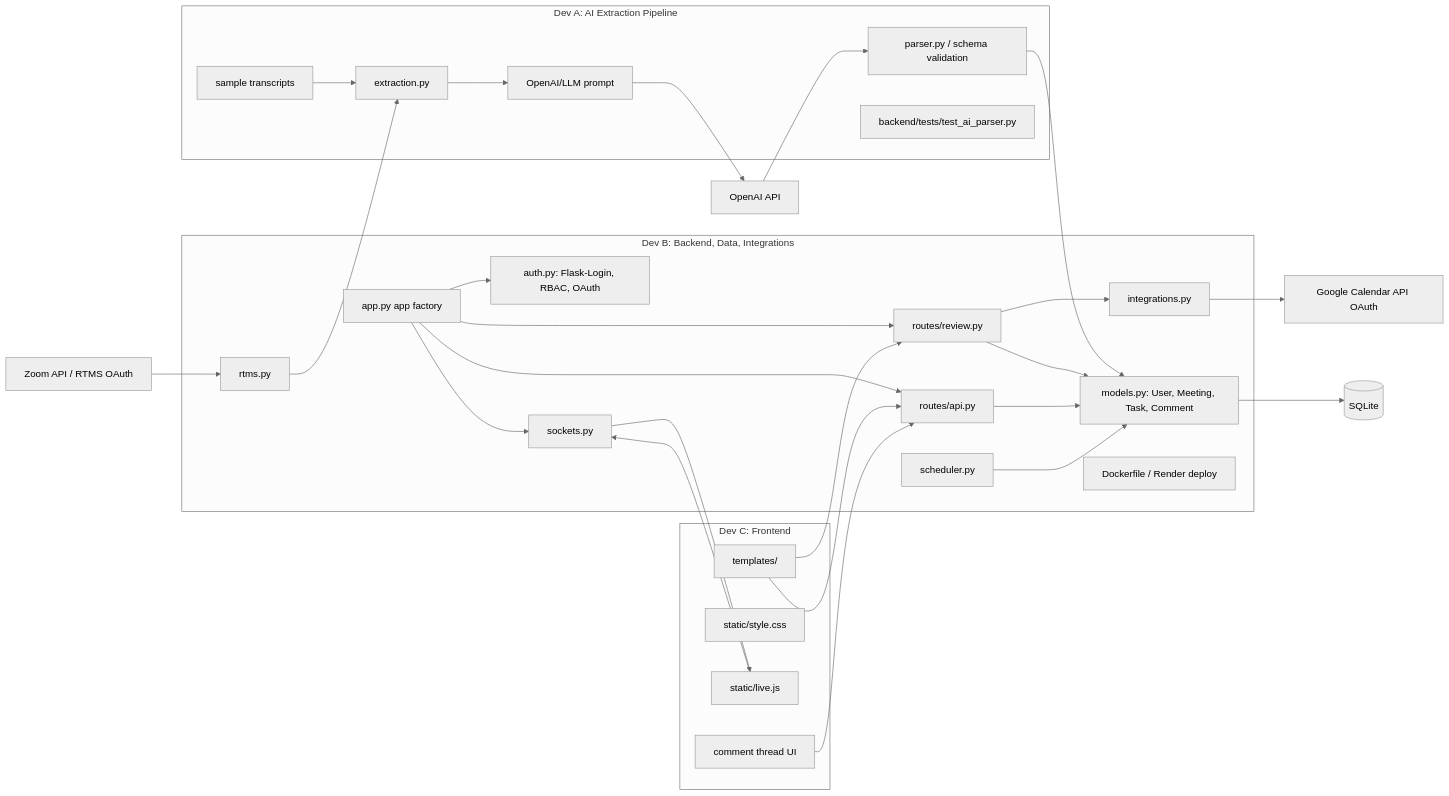
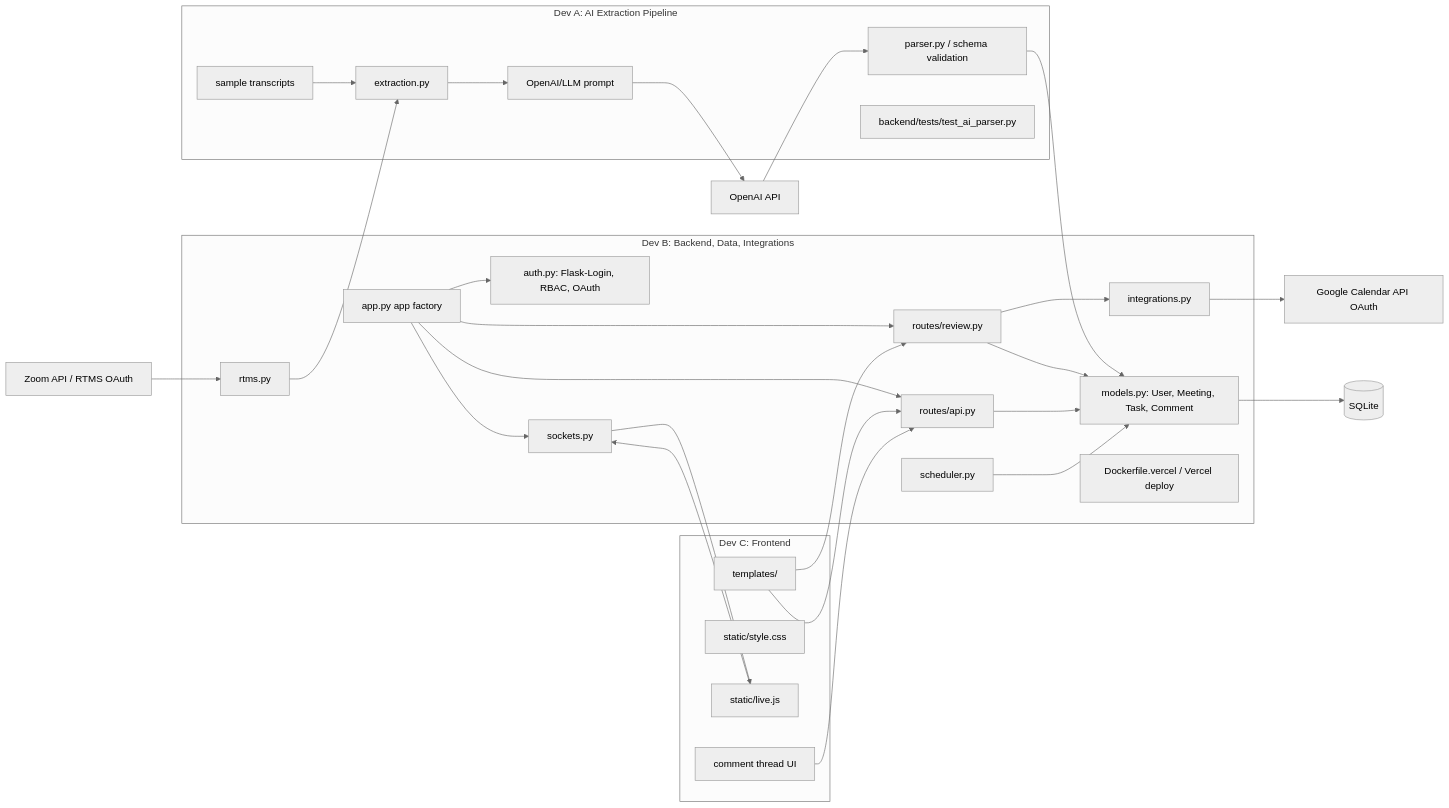
The second of 2 diagrams in docs/system_diagram.md (JaydenManyrath/Nudge), drawn with Mermaid (neutral theme) before and after one commit. The commit also changed 18 other files, not shown here.

````diff
--- a/docs/system_diagram.md
+++ b/docs/system_diagram.md
@@ -55,60 +55,60 @@
 ```mermaid
 flowchart LR
     subgraph DevA["Dev A: AI Extraction Pipeline"]
         Samples["sample transcripts"]
         Extraction["extraction.py"]
         Prompt["OpenAI/LLM prompt"]
         Parser["parser.py / schema validation"]
         ATests["backend/tests/test_ai_parser.py"]
     end
 
     subgraph DevB["Dev B: Backend, Data, Integrations"]
         App["app.py app factory"]
         Models["models.py: User, Meeting, Task, Comment"]
         Auth["auth.py: Flask-Login, RBAC, OAuth"]
         Review["routes/review.py"]
         API["routes/api.py"]
         RTMS["rtms.py"]
         Sockets["sockets.py"]
         Integrations["integrations.py"]
         Scheduler["scheduler.py"]
-        Docker["Dockerfile / Render deploy"]
+        Docker["Dockerfile.vercel / Vercel deploy"]
     end
 
     subgraph DevC["Dev C: Frontend"]
         Templates["templates/"]
         CSS["static/style.css"]
         LiveJS["static/live.js"]
         Comments["comment thread UI"]
     end
 
     Zoom["Zoom API / RTMS OAuth"]
     OpenAI["OpenAI API"]
     Google["Google Calendar API OAuth"]
     DB[("SQLite")]
 
     Samples --> Extraction
     Zoom --> RTMS
     RTMS --> Extraction
     Extraction --> Prompt
     Prompt --> OpenAI
     OpenAI --> Parser
     Parser --> Models
     Models --> DB
 
     App --> Auth
     App --> Review
     App --> API
     App --> Sockets
     Review --> Models
     API --> Models
     Scheduler --> Models
     Integrations --> Google
     Review --> Integrations
     Sockets --> LiveJS
 
     Templates --> Review
     Templates --> API
     LiveJS --> Sockets
     Comments --> API
 ```
````
